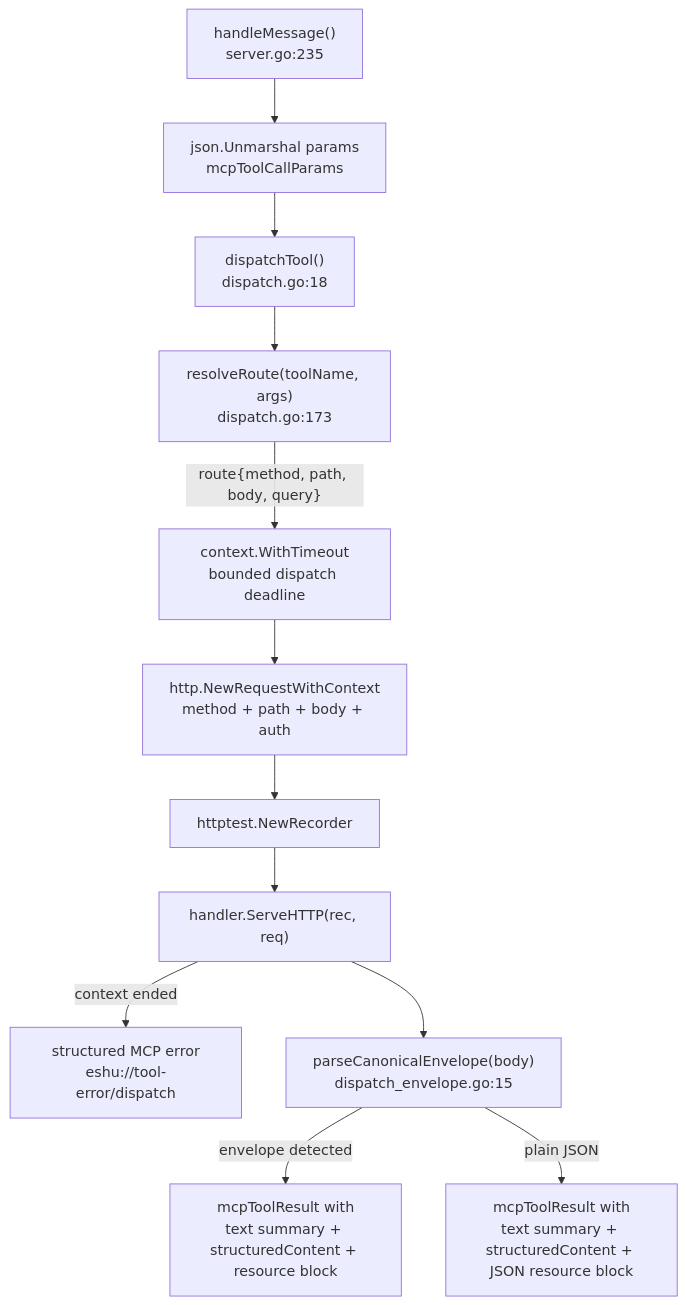
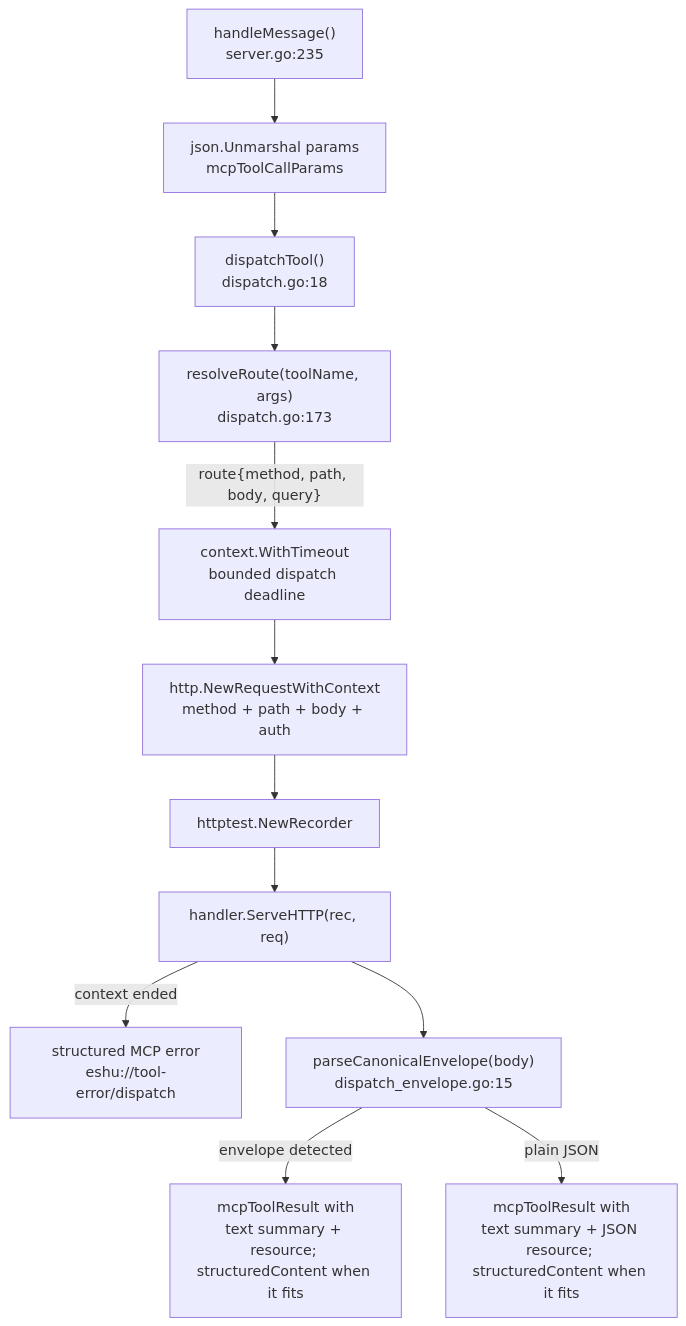
The second of 2 diagrams in go/internal/mcp/README.md (eshu-hq/eshu), drawn with Mermaid before and after one commit. The commit also changed other lines of this file and 22 other files, not shown here.

````diff
--- a/go/internal/mcp/README.md
+++ b/go/internal/mcp/README.md
@@ -81,27 +81,27 @@
 ```mermaid
 flowchart TB
     hm["handleMessage()\nserver.go:235"]
     parse["json.Unmarshal params\nmcpToolCallParams"]
     dt["dispatchTool()\ndispatch.go:18"]
     rr["resolveRoute(toolName, args)\ndispatch.go:173"]
     deadline["context.WithTimeout\nbounded dispatch deadline"]
     req["http.NewRequestWithContext\nmethod + path + body + auth"]
     rec["httptest.NewRecorder"]
     serve["handler.ServeHTTP(rec, req)"]
     timeout["structured MCP error\neshu://tool-error/dispatch"]
     pce["parseCanonicalEnvelope(body)\ndispatch_envelope.go:15"]
-    envelope["mcpToolResult with\ntext summary + structuredContent + resource block"]
-    plain["mcpToolResult with\ntext summary + structuredContent + JSON resource block"]
+    envelope["mcpToolResult with\ntext summary + resource; structuredContent when it fits"]
+    plain["mcpToolResult with\ntext summary + JSON resource; structuredContent when it fits"]
 
     hm --> parse
     parse --> dt
     dt --> rr
     rr -->|"route{method, path, body, query}"| deadline
     deadline --> req
     req --> rec
     rec --> serve
     serve -->|"context ended"| timeout
     serve --> pce
     pce -->|"envelope detected"| envelope
     pce -->|"plain JSON"| plain
 ```
````
